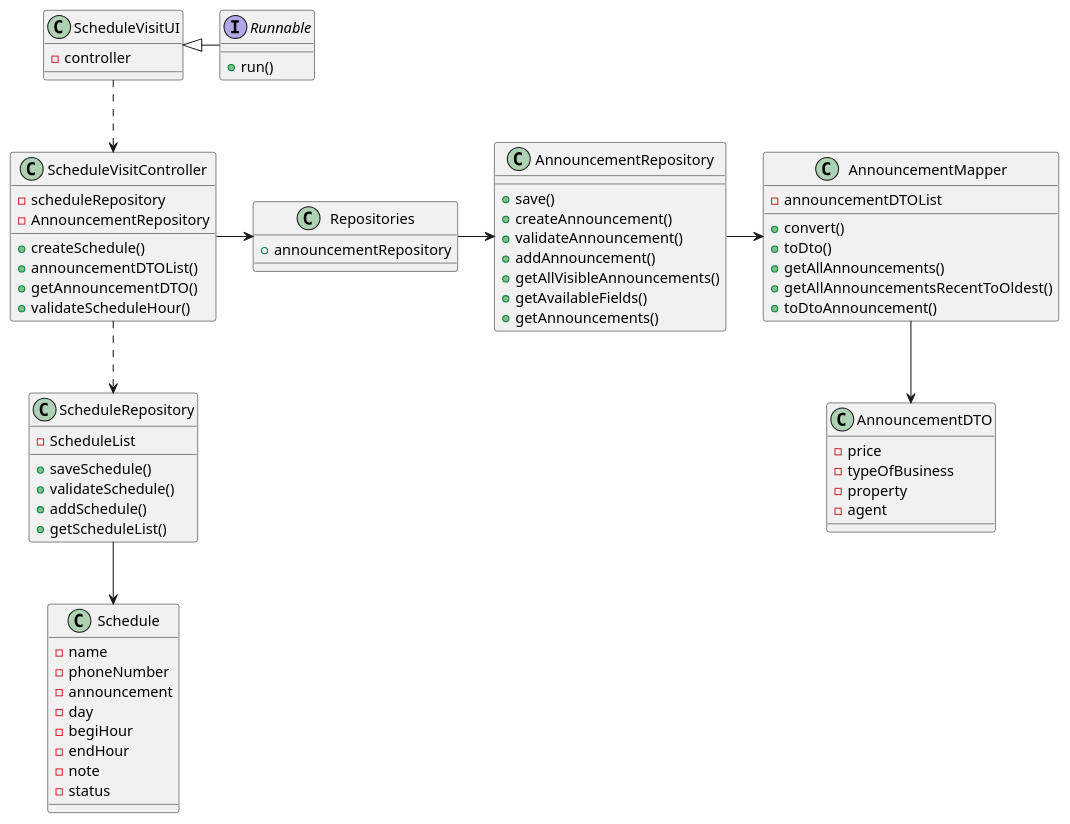
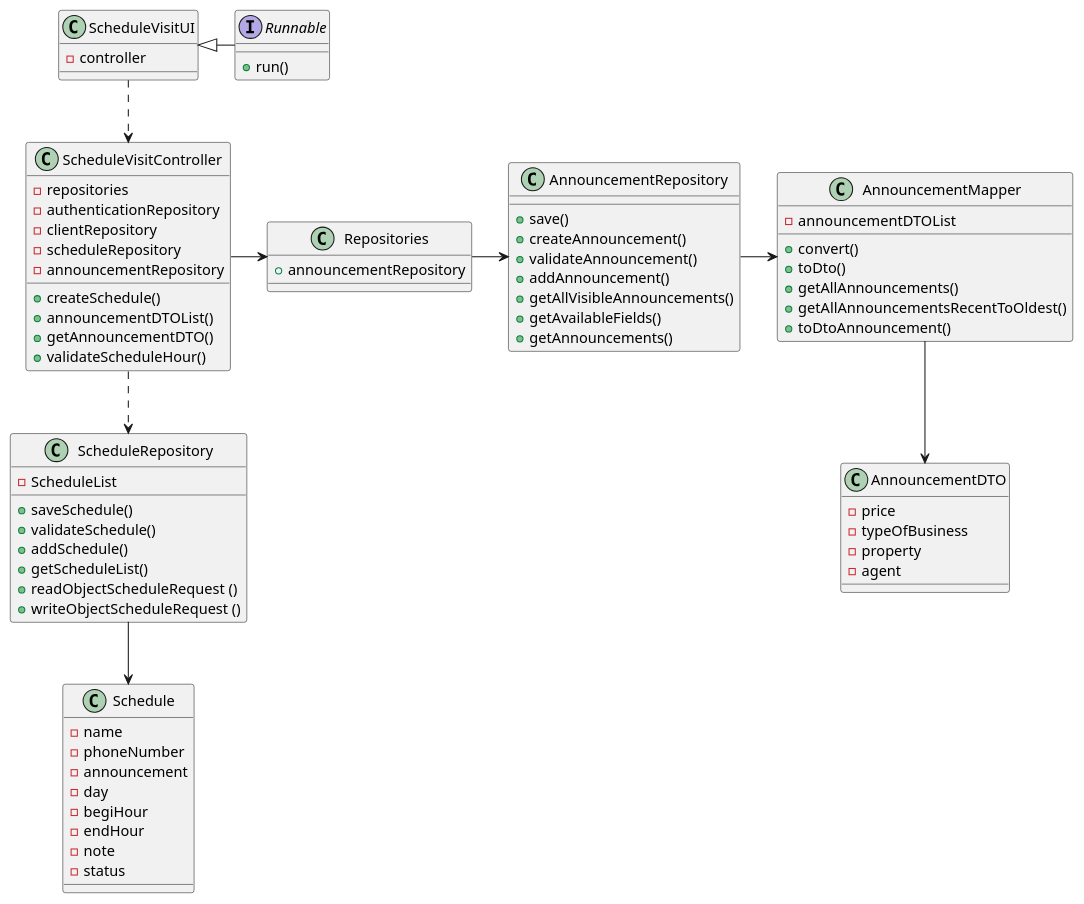
One commit to tiagohcorreia/LAPR2 changed the diagram in docs/sprintD/US009/03.design/puml/CD.puml. Above: the diagram before and after it, drawn with PlantUML. The commit also changed 8 other files, not shown here.

```diff
--- a/docs/sprintD/US009/03.design/puml/CD.puml
+++ b/docs/sprintD/US009/03.design/puml/CD.puml
@@ -1,86 +1,91 @@
 @startuml
 
 interface Runnable {
 
     + run()
 }
 
 class ScheduleVisitUI {
     - controller
 }
 
 class ScheduleVisitController {
 
+    - repositories
+    - authenticationRepository
+    - clientRepository
     - scheduleRepository
-    - AnnouncementRepository
+    - announcementRepository
     + createSchedule()
     + announcementDTOList()
     + getAnnouncementDTO()
     + validateScheduleHour()
 
 }
 
 class Schedule {
 
     - name
     - phoneNumber
     - announcement
     - day
     - begiHour
     - endHour
     - note
     - status
 }
 class Repositories {
 
     + announcementRepository
 }
 
 class ScheduleRepository {
 
     - ScheduleList
     + saveSchedule()
     + validateSchedule()
     + addSchedule()
     + getScheduleList()
+    + readObjectScheduleRequest ()
+    + writeObjectScheduleRequest ()
 }
 
 class AnnouncementRepository {
 
     + save()
     + createAnnouncement()
     + validateAnnouncement()
     + addAnnouncement()
     + getAllVisibleAnnouncements()
     + getAvailableFields()
     + getAnnouncements()
 }
 
 class AnnouncementDTO {
 
     - price
     - typeOfBusiness
     - property
     - agent
 }
 class AnnouncementMapper {
 
     - announcementDTOList
     + convert()
     + toDto()
     + getAllAnnouncements()
     + getAllAnnouncementsRecentToOldest()
     + toDtoAnnouncement()
 }
 
 
 Runnable -left-|> ScheduleVisitUI
 ScheduleVisitUI ..> ScheduleVisitController
 ScheduleVisitController -> Repositories
 Repositories -> AnnouncementRepository
 AnnouncementRepository -> AnnouncementMapper
 AnnouncementMapper --> AnnouncementDTO
 ScheduleVisitController ..> ScheduleRepository
 ScheduleRepository --> Schedule
 
 @enduml
```
